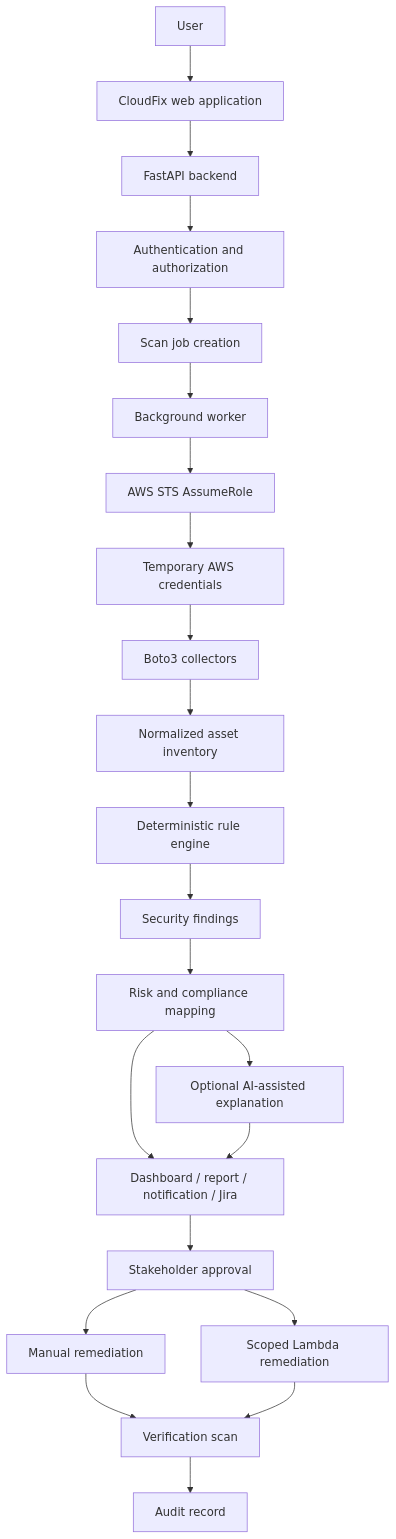
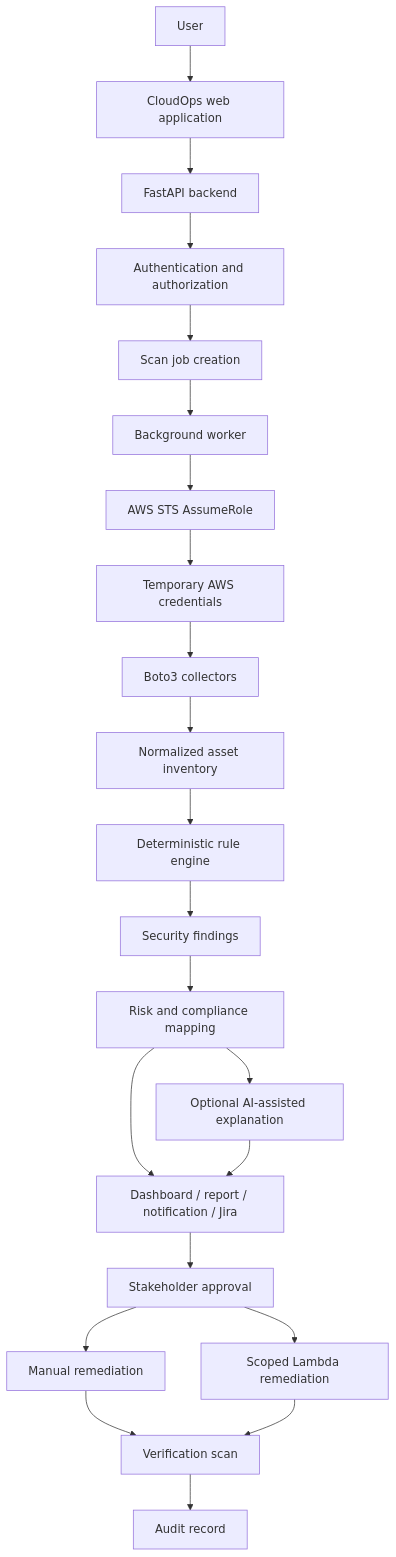
One commit to cloudops-project/CloudOps changed the diagram in docs/architecture/data-flow.md. Above: the diagram before and after it, drawn with Mermaid. The commit also changed 63 other files, not shown here.

````diff
--- a/docs/architecture/data-flow.md
+++ b/docs/architecture/data-flow.md
@@ -7,24 +7,24 @@
 ```mermaid
 flowchart TD
-  U[User] --> WEB[CloudFix web application]
+  U[User] --> WEB[CloudOps web application]
   WEB --> API[FastAPI backend]
   API --> AUTH[Authentication and authorization]
   AUTH --> JOB[Scan job creation]
   JOB --> WORKER[Background worker]
   WORKER --> STS[AWS STS AssumeRole]
   STS --> TEMP[Temporary AWS credentials]
   TEMP --> COL[Boto3 collectors]
   COL --> INV[Normalized asset inventory]
   INV --> RULES[Deterministic rule engine]
   RULES --> FIND[Security findings]
   FIND --> MAP[Risk and compliance mapping]
   MAP --> AIX[Optional AI-assisted explanation]
   MAP --> OUT[Dashboard / report / notification / Jira]
   AIX --> OUT
   OUT --> APPROVE[Stakeholder approval]
   APPROVE --> MAN[Manual remediation]
   APPROVE --> LAM[Scoped Lambda remediation]
   MAN --> VERIFY[Verification scan]
   LAM --> VERIFY
   VERIFY --> AUDIT[Audit record]
 ```
````
